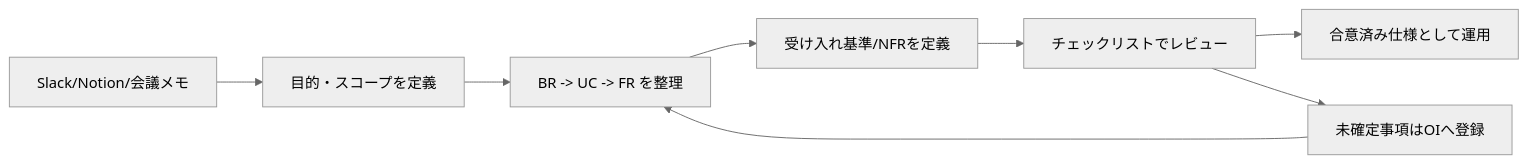
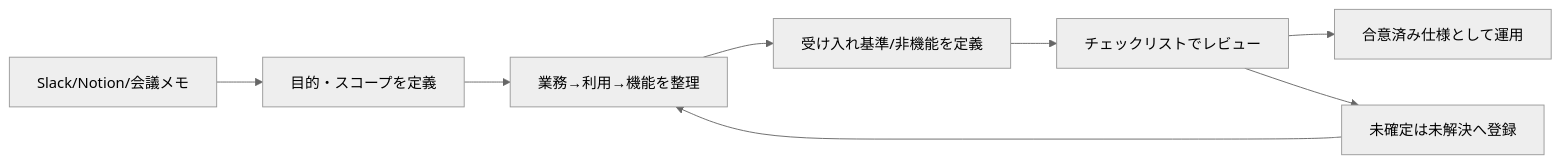
One commit to shioki/requirements-to-spec-template changed the first of 2 diagrams in README.md. Above: the diagram before and after it, drawn with Mermaid (neutral theme). The commit also changed other lines of this file and 12 other files, not shown here.

````diff
--- a/README.md
+++ b/README.md
@@ -17,10 +17,10 @@
 ```mermaid
 flowchart LR
   inputSources["Slack/Notion/会議メモ"] --> defineGoal["目的・スコープを定義"]
-  defineGoal --> structureReq["BR -> UC -> FR を整理"]
-  structureReq --> setCriteria["受け入れ基準/NFRを定義"]
+  defineGoal --> structureReq["業務→利用→機能を整理"]
+  structureReq --> setCriteria["受け入れ基準/非機能を定義"]
   setCriteria --> reviewDoc["チェックリストでレビュー"]
   reviewDoc --> publishSpec["合意済み仕様として運用"]
-  reviewDoc --> openIssues["未確定事項はOIへ登録"]
+  reviewDoc --> openIssues["未確定は未解決へ登録"]
   openIssues --> structureReq
 ```
````
